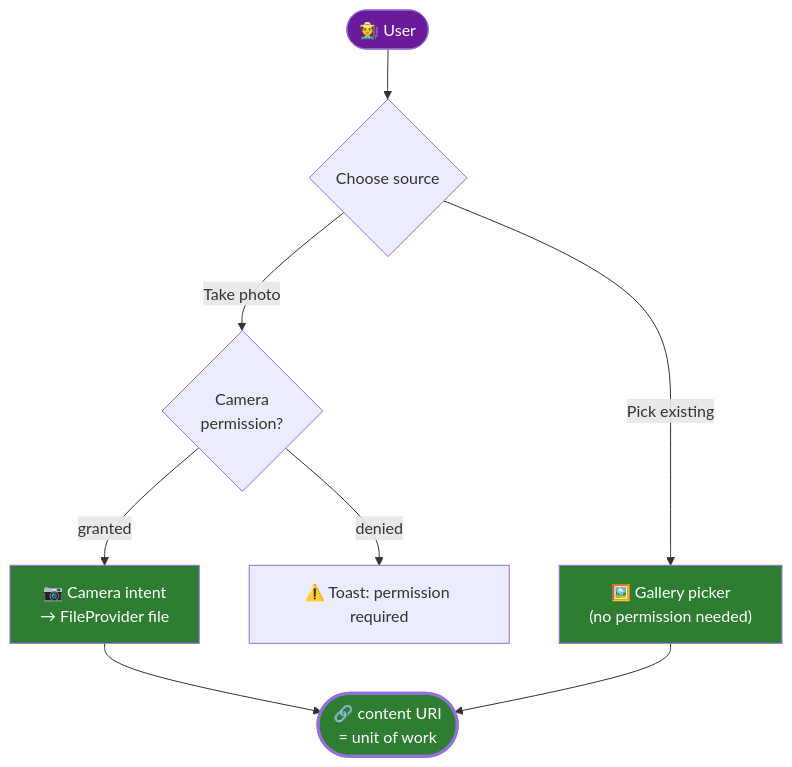
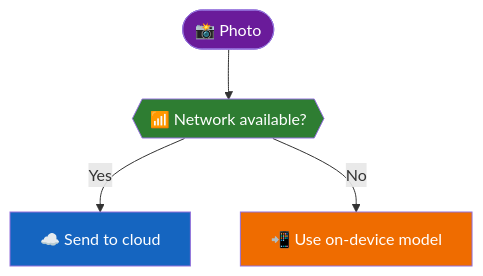
One commit to Raj-Indra-Asura/Cropora changed the fifth of 12 diagrams in Cropora System Design Presentation.md. Above: the diagram before and after it, drawn with Mermaid. The commit also changed other lines of this file, not shown here.

````diff
--- a/Cropora System Design Presentation.md
+++ b/Cropora System Design Presentation.md
@@ -236,15 +162,11 @@
 ```mermaid
-flowchart TB
-    USER(["🧑‍🌾 User"]) --> CHOICE{"Choose source"}
-    CHOICE -->|"Take photo"| PERM{"Camera<br/>permission?"}
-    PERM -->|"granted"| CAM["📷 Camera intent<br/>→ FileProvider file"]
-    PERM -->|"denied"| TOAST["⚠️ Toast: permission required"]
-    CHOICE -->|"Pick existing"| GAL["🖼️ Gallery picker<br/>(no permission needed)"]
-    CAM --> URI(["🔗 content URI<br/>= unit of work"])
-    GAL --> URI
+flowchart TD
+    U(["📸 Photo"]) --> CHK{{"📶 Network available?"}}
+    CHK -- Yes --> CLD["☁️ Send to cloud"]
+    CHK -- No  --> LOC["📲 Use on-device model"]
 
-    style USER fill:#6a1b9a,color:#fff
-    style URI fill:#2e7d32,color:#fff,stroke-width:3px
-    style CAM fill:#2e7d32,color:#fff
-    style GAL fill:#2e7d32,color:#fff
+    style U fill:#6a1b9a,color:#fff
+    style CHK fill:#2e7d32,color:#fff
+    style CLD fill:#1565c0,color:#fff
+    style LOC fill:#ef6c00,color:#fff
 ```
````
